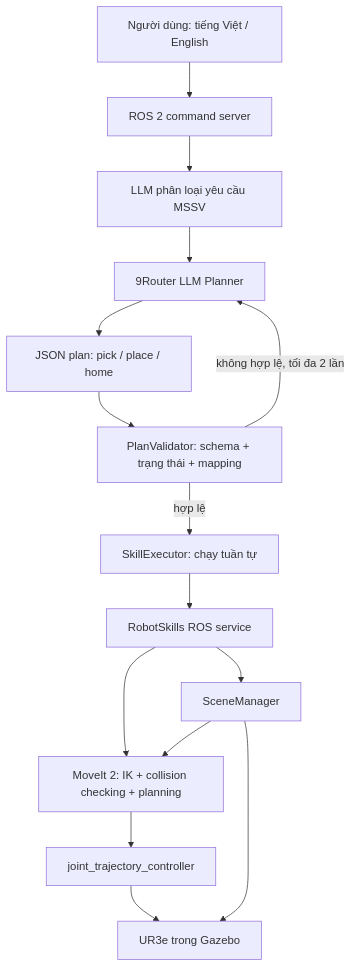
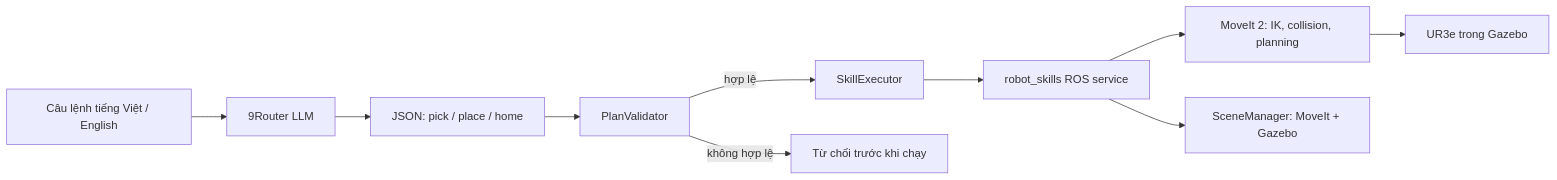
One commit to kieudung12/HRI_k68e-re changed the diagram in README.md. Above: the diagram before and after it, drawn with Mermaid. The commit also changed other lines of this file and 12 other files, not shown here.

Commit message:
Finalize Assignment 2 LLM skill planning

````diff
--- a/README.md
+++ b/README.md
@@ -19,17 +19,12 @@
 ```mermaid
-flowchart TD
-  U[Người dùng: tiếng Việt / English] --> C[ROS 2 command server]
-  C --> I[LLM phân loại yêu cầu MSSV]
-  I --> L[9Router LLM Planner]
-  L --> J[JSON plan: pick / place / home]
-  J --> V[PlanValidator: schema + trạng thái + mapping]
-  V -->|hợp lệ| E[SkillExecutor: chạy tuần tự]
-  V -->|không hợp lệ, tối đa 2 lần| L
-  E --> R[RobotSkills ROS service]
-  R --> M[MoveIt 2: IK + collision checking + planning]
-  M --> T[joint_trajectory_controller]
-  T --> G[UR3e trong Gazebo]
-  R --> S[SceneManager]
-  S --> M
-  S --> G
+flowchart LR
+  U[Câu lệnh tiếng Việt / English] --> L[9Router LLM]
+  L --> J[JSON: pick / place / home]
+  J --> V[PlanValidator]
+  V -->|hợp lệ| E[SkillExecutor]
+  V -->|không hợp lệ| X[Từ chối trước khi chạy]
+  E --> S[robot_skills ROS service]
+  S --> M[MoveIt 2: IK, collision, planning]
+  M --> G[UR3e trong Gazebo]
+  S --> C[SceneManager: MoveIt + Gazebo]
 ```
````
